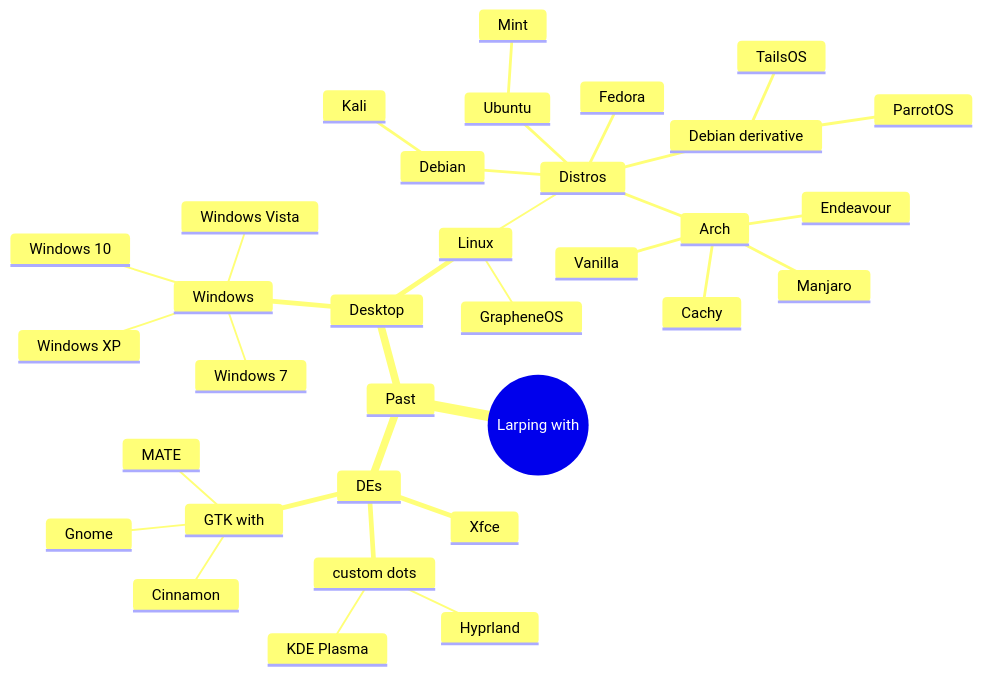
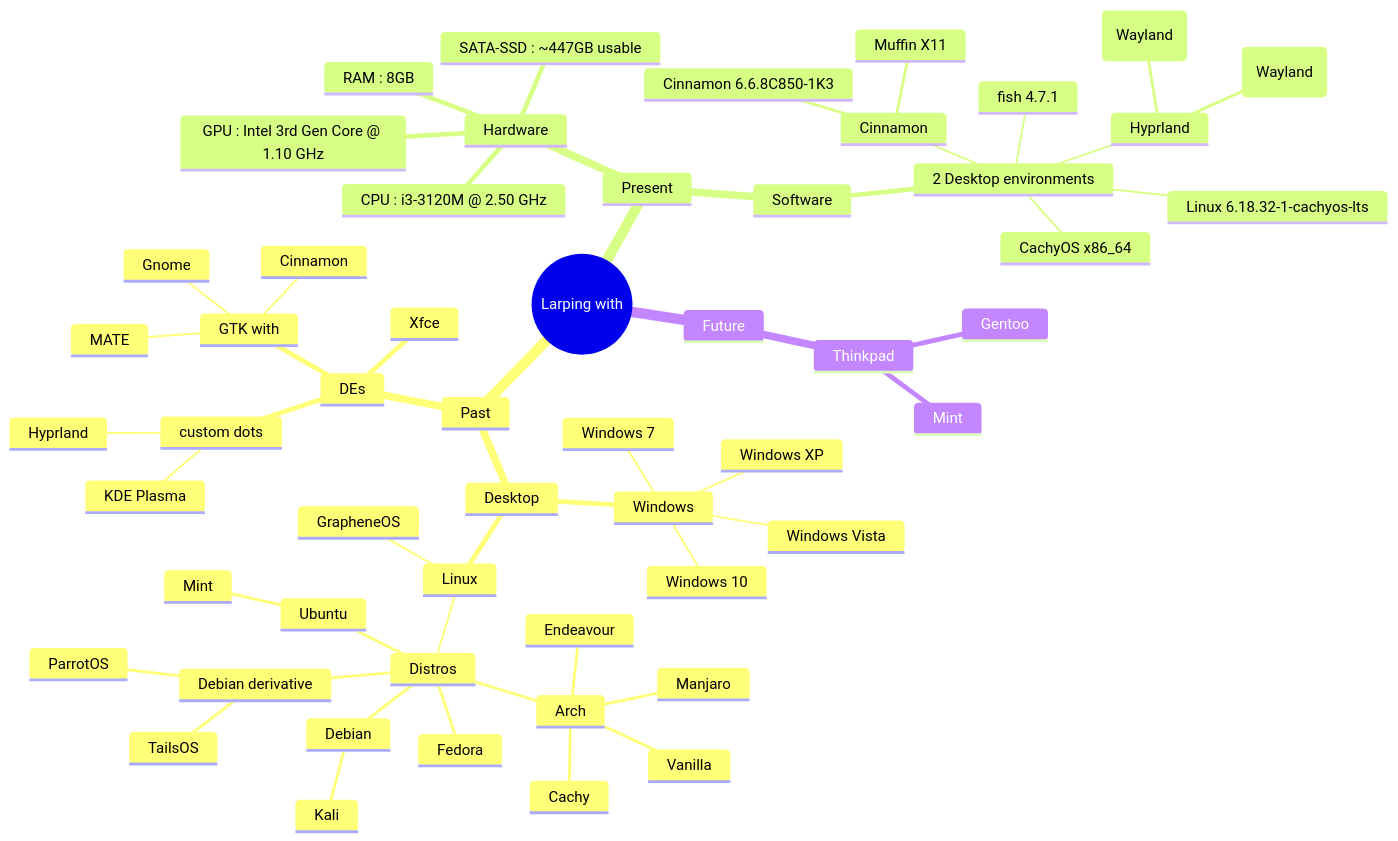
The diagram in README.md (Chintanpatel24/Chintanpatel24), drawn with Mermaid before and after one commit.

````diff
--- a/README.md
+++ b/README.md
@@ -4,37 +4,58 @@
 ```mermaid
 mindmap
 root((Larping with))
  Past
   Desktop
    Windows
     Windows 7
     Windows XP
     Windows Vista
     Windows 10
    Linux
     GrapheneOS
     Distros
      Arch
       Endeavour
       Vanilla
       Cachy
       Manjaro
      Debian
       Kali
      Ubuntu
       Mint
      Fedora
      Debian derivative
       ParrotOS
       TailsOS
   DEs
    Xfce
    custom dots
     Hyprland
     KDE Plasma
    GTK with
     Cinnamon
     Gnome
     MATE
+ Present
+  Hardware     
+   GPU : Intel 3rd Gen Core @ 1.10 GHz
+   CPU : i3-3120M @ 2.50 GHz
+   RAM : 8GB
+   SATA-SSD : ~447GB usable 
+  Software
+   2 Desktop environments
+    Cinnamon 
+     Muffin X11
+     Cinnamon 6.6.8C850-1K3
+    Hyprland
+     Hyprland 0.55.2 (Wayland)
+     sddm 0.21.0 (Wayland)
+    CachyOS x86_64
+    fish 4.7.1
+    Linux 6.18.32-1-cachyos-lts
+ Future
+  Thinkpad
+   Gentoo
+   Mint
 
 ```
````
